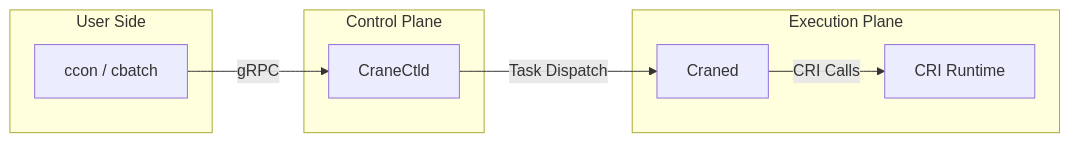
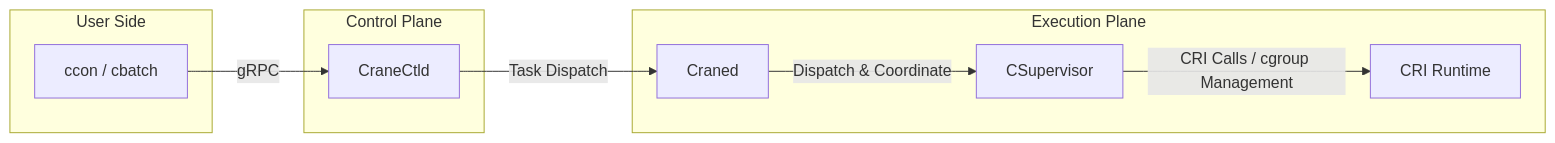
One commit to PKUHPC/CraneSched changed the fourth of 4 diagrams in docs/en/reference/container/concepts.md. Above: the diagram before and after it, drawn with Mermaid. The commit also changed other lines of this file and 6 other files, not shown here.

````diff
--- a/docs/en/reference/container/concepts.md
+++ b/docs/en/reference/container/concepts.md
@@ -232,16 +220,18 @@
 ```mermaid
 flowchart LR
     subgraph User Side
         CLI[ccon / cbatch]
     end
     subgraph Control Plane
         Ctld[CraneCtld]
     end
     subgraph Execution Plane
         Craned[Craned]
+        CSuper[CSupervisor]
         CRI[CRI Runtime]
     end
     CLI -->|gRPC| Ctld
     Ctld -->|Task Dispatch| Craned
-    Craned -->|CRI Calls| CRI
+    Craned -->|Dispatch & Coordinate| CSuper
+    CSuper -->|CRI Calls / cgroup Management| CRI
 ```
````
